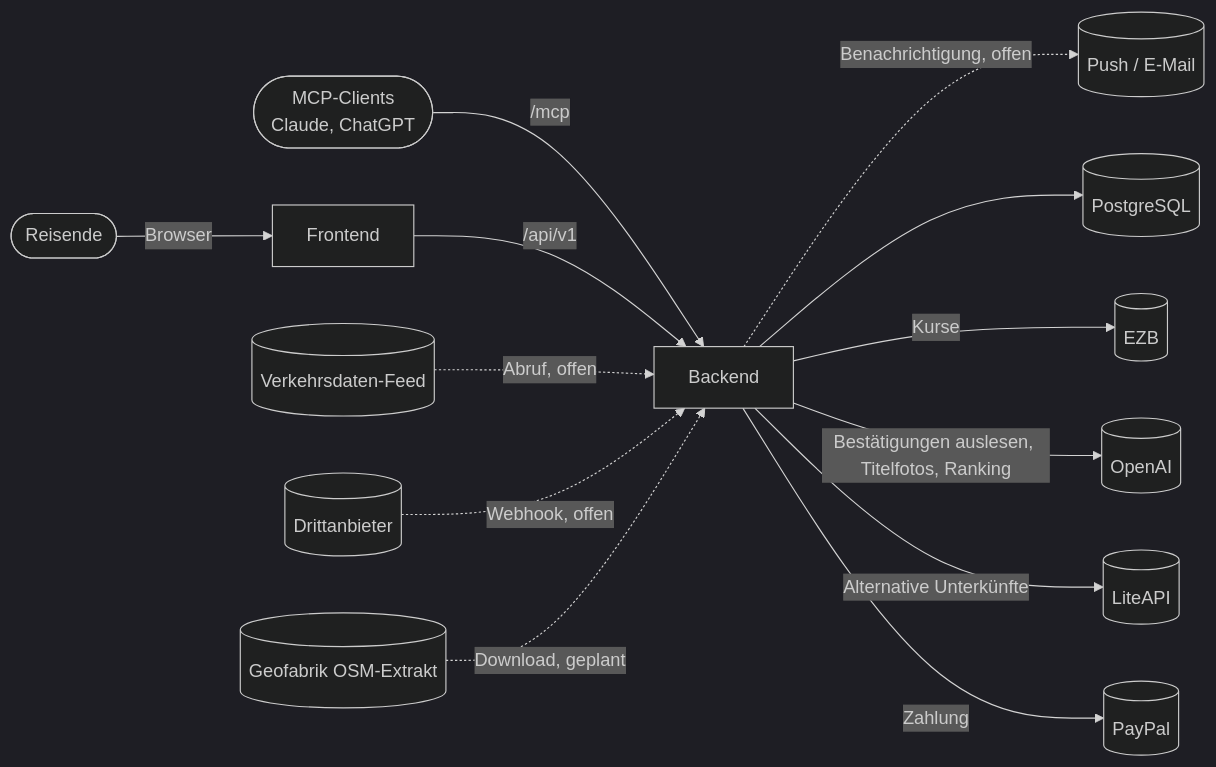
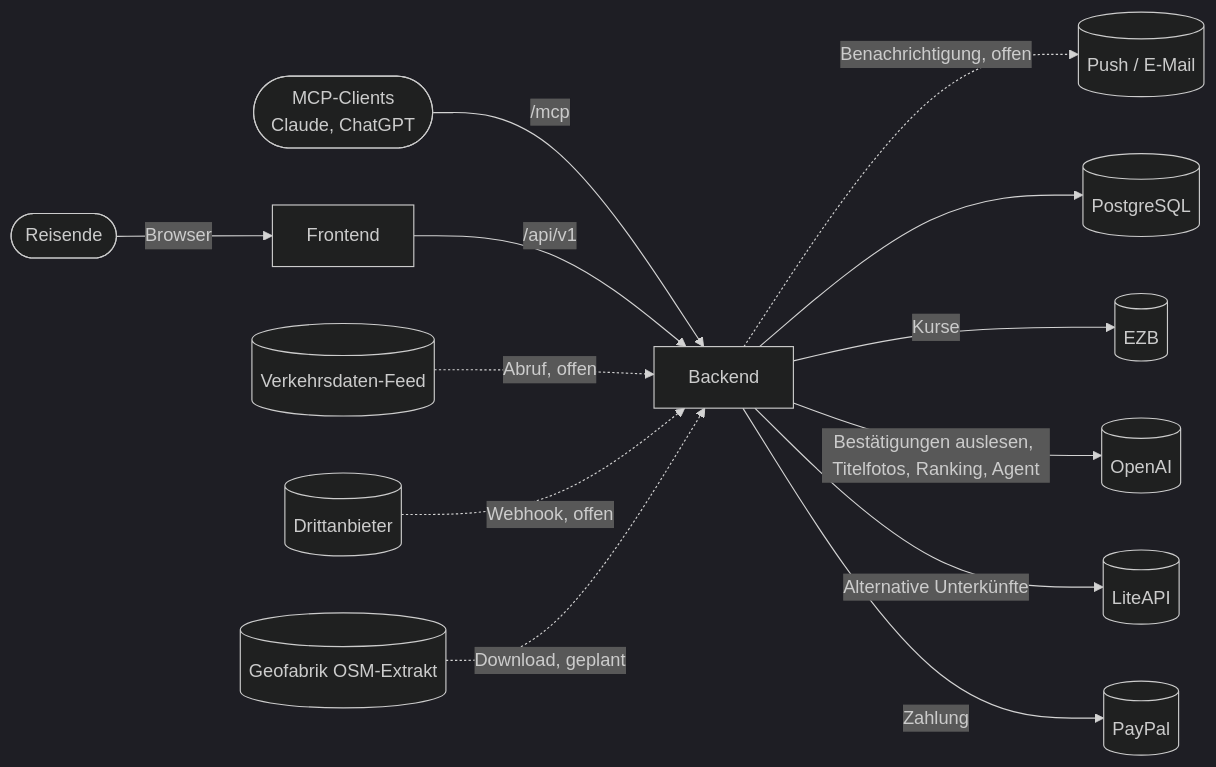
The first of 2 diagrams in Docs/architecture.md (kehrbros/nofrustrationvacation), drawn with Mermaid (dark theme) before and after one commit. The commit also changed other lines of this file and 28 other files, not shown here.

````diff
--- a/Docs/architecture.md
+++ b/Docs/architecture.md
@@ -9,15 +9,15 @@
 ```mermaid
 flowchart LR
     user([Reisende]) -->|Browser| fe[Frontend]
     mcp([MCP-Clients<br>Claude, ChatGPT]) -->|/mcp| be
     fe -->|/api/v1| be[Backend]
     feed[(Verkehrsdaten-Feed)] -.->|Abruf, offen| be
     hook[(Drittanbieter)] -.->|Webhook, offen| be
     osm[(Geofabrik OSM-Extrakt)] -.->|Download, geplant| be
     be -.->|Benachrichtigung, offen| notify[(Push / E-Mail)]
     be --> db[(PostgreSQL)]
     be -->|Kurse| ecb[(EZB)]
-    be -->|Bestätigungen auslesen, Titelfotos, Ranking| openai[(OpenAI)]
+    be -->|Bestätigungen auslesen, Titelfotos, Ranking, Agent| openai[(OpenAI)]
     be -->|Alternative Unterkünfte| liteapi[(LiteAPI)]
     be -->|Zahlung| paypal[(PayPal)]
 ```
````
